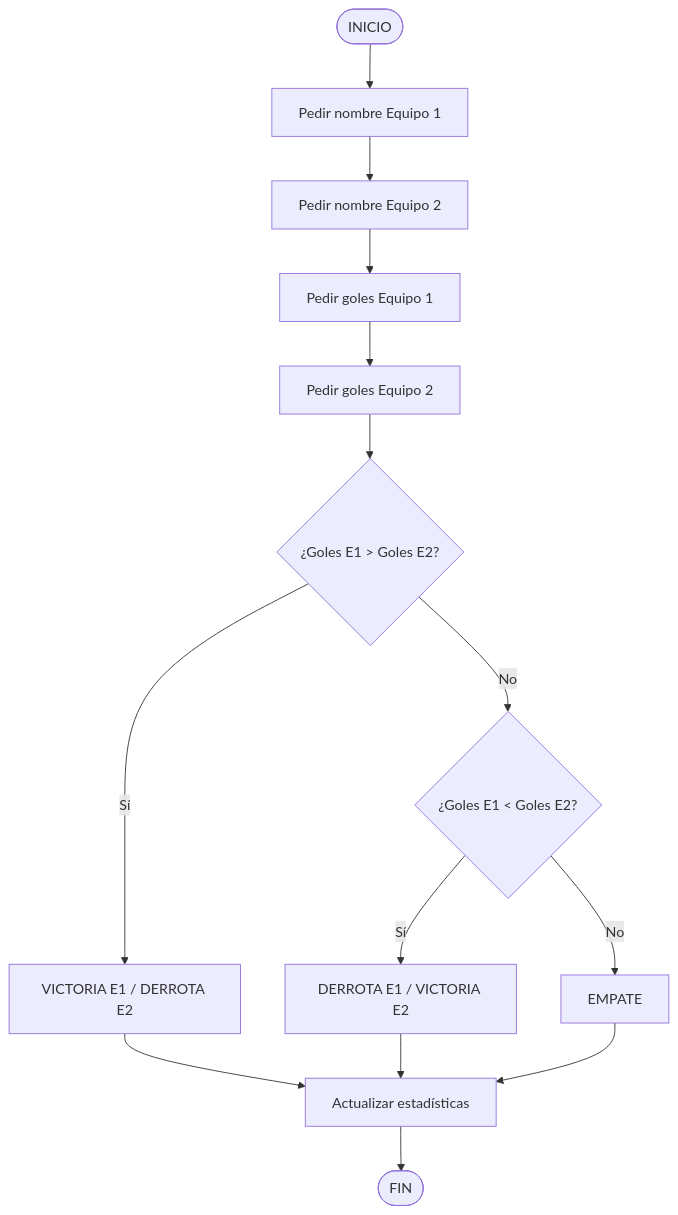
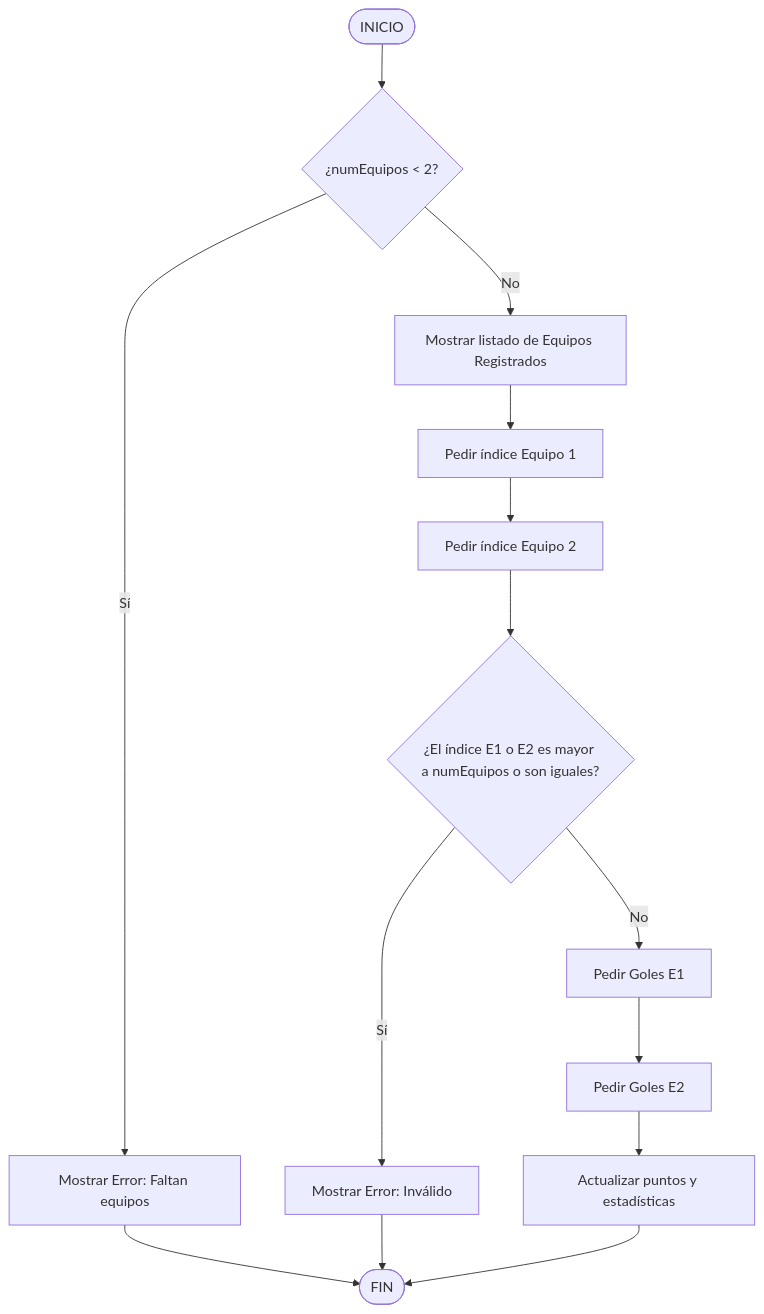
One commit to wigsdev/torneo-futbol-p4 changed the second of 3 diagrams in docs/projecto4.md. Above: the diagram before and after it, drawn with Mermaid. The commit also changed other lines of this file and 5 other files, not shown here.

````diff
--- a/docs/projecto4.md
+++ b/docs/projecto4.md
@@ -112,16 +116,16 @@
 ```mermaid
 flowchart TD
-    A([INICIO]) --> B[Pedir nombre Equipo 1]
-    B --> C[Pedir nombre Equipo 2]
-    C --> D[Pedir goles Equipo 1]
-    D --> E[Pedir goles Equipo 2]
-    E --> F{¿Goles E1 > Goles E2?}
-    F -->|Sí| G[VICTORIA E1 / DERROTA E2]
-    F -->|No| H{¿Goles E1 < Goles E2?}
-    H -->|Sí| I[DERROTA E1 / VICTORIA E2]
-    H -->|No| J[EMPATE]
-    G --> K[Actualizar estadísticas]
-    I --> K
-    J --> K
-    K --> L([FIN])
+    A([INICIO]) --> B{¿numEquipos < 2?}
+    B -->|Sí| C[Mostrar Error: Faltan equipos]
+    C --> Z([FIN])
+    B -->|No| D[Mostrar listado de Equipos Registrados]
+    D --> E[Pedir índice Equipo 1]
+    E --> F[Pedir índice Equipo 2]
+    F --> G{¿El índice E1 o E2 es mayor a numEquipos o son iguales?}
+    G -->|Sí| H[Mostrar Error: Inválido]
+    H --> Z
+    G -->|No| I[Pedir Goles E1]
+    I --> J[Pedir Goles E2]
+    J --> K[Actualizar puntos y estadísticas]
+    K --> Z
 ```
````
